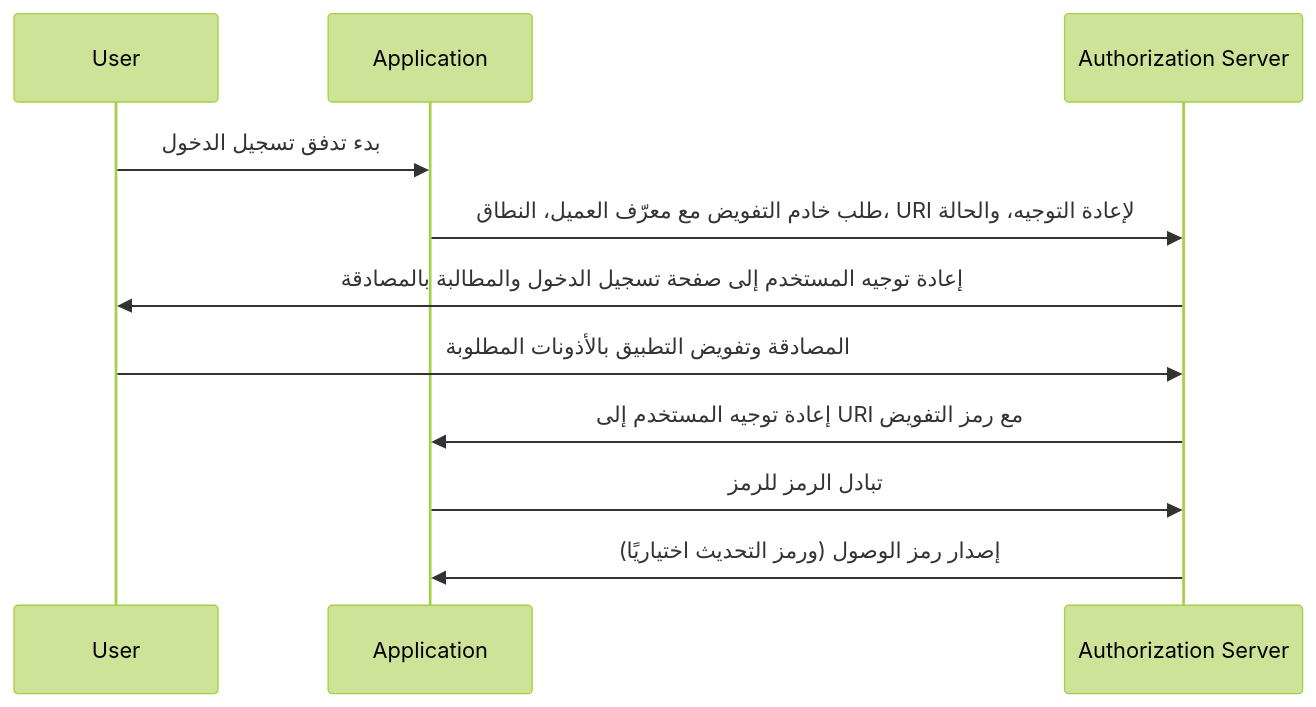
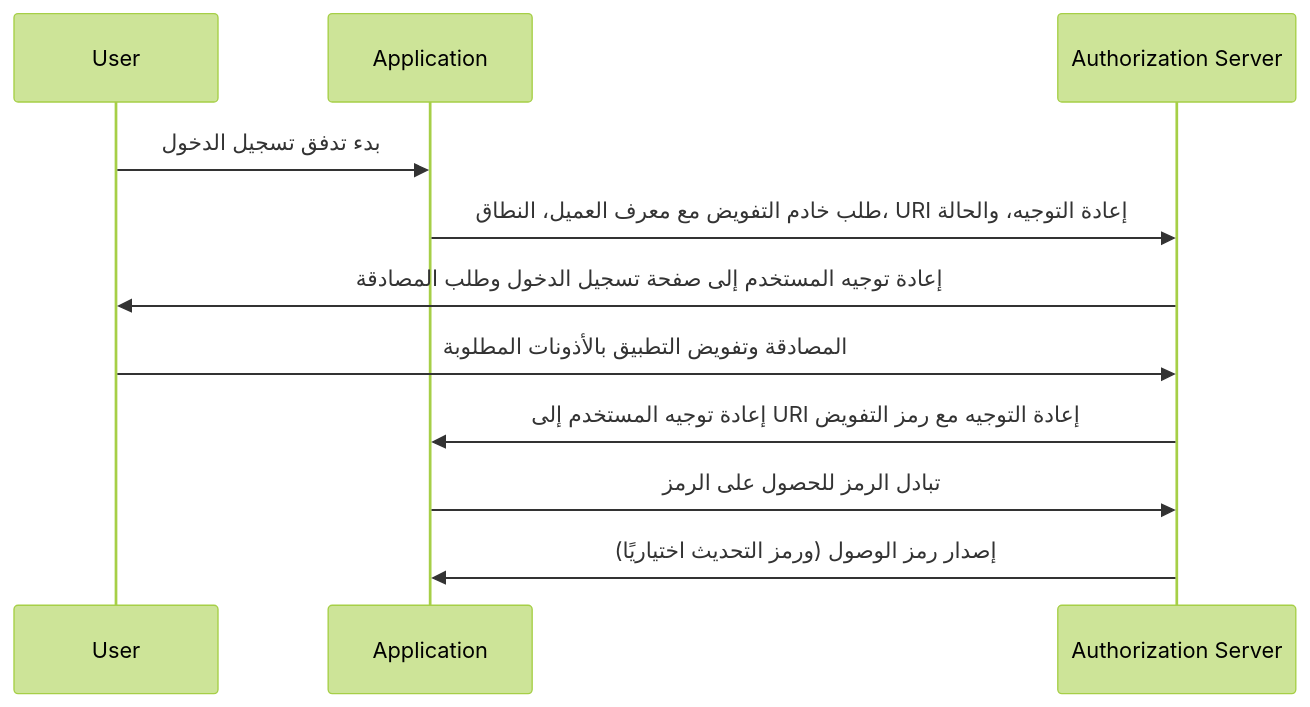
Before and after one commit to logto-io/auth-wiki: the diagram in src/content/terms/ar/authorization-code-flow.mdx, drawn with Mermaid (forest theme). The commit also changed other lines of this file and 95 other files, not shown here.

````diff
--- a/src/content/terms/ar/authorization-code-flow.mdx
+++ b/src/content/terms/ar/authorization-code-flow.mdx
@@ -25,14 +27,14 @@
 ```mermaid
 sequenceDiagram
     participant User
     participant Application
     participant Authorization Server
 
     User->>Application: بدء تدفق تسجيل الدخول
-    Application->>Authorization Server: طلب خادم التفويض مع معرّف العميل، النطاق، URI لإعادة التوجيه، والحالة
-    Authorization Server->>User: إعادة توجيه المستخدم إلى صفحة تسجيل الدخول والمطالبة بالمصادقة
+    Application->>Authorization Server: طلب خادم التفويض مع معرف العميل، النطاق، URI إعادة التوجيه، والحالة
+    Authorization Server->>User: إعادة توجيه المستخدم إلى صفحة تسجيل الدخول وطلب المصادقة
     User->>Authorization Server: المصادقة وتفويض التطبيق بالأذونات المطلوبة
-    Authorization Server->>Application: إعادة توجيه المستخدم إلى URI مع رمز التفويض
-    Application->>Authorization Server: تبادل الرمز للرمز
+    Authorization Server->>Application: إعادة توجيه المستخدم إلى URI إعادة التوجيه مع رمز التفويض
+    Application->>Authorization Server: تبادل الرمز للحصول على الرمز
     Authorization Server->>Application: إصدار رمز الوصول (ورمز التحديث اختياريًا)
 ```
````
